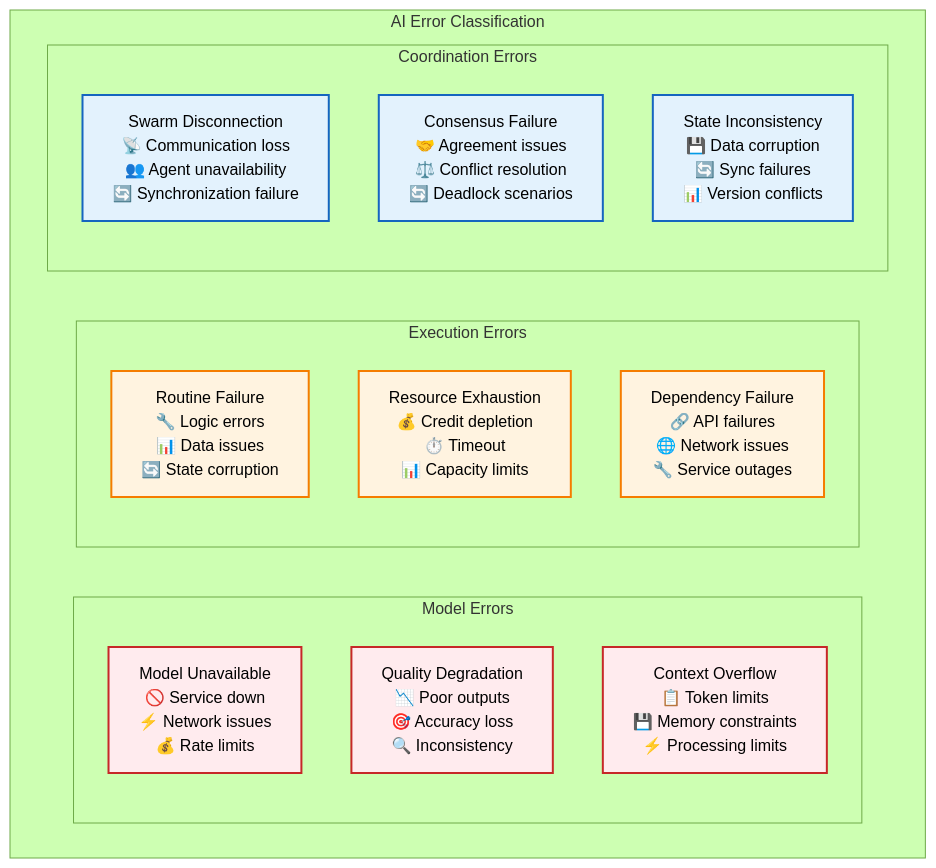
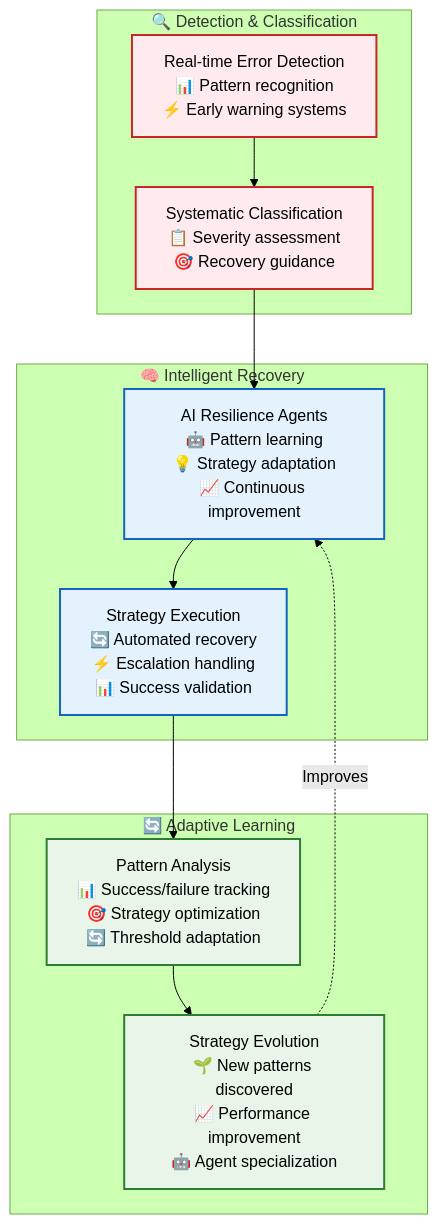
The first of 3 diagrams in docs/architecture/execution/resilience/README.md (Vrooli/Vrooli), drawn with Mermaid (forest theme) before and after one commit. The commit also changed other lines of this file and 8 other files, not shown here.

````diff
--- a/docs/architecture/execution/resilience/README.md
+++ b/docs/architecture/execution/resilience/README.md
@@ -68,30 +28,32 @@
 ```mermaid
 graph TB
-    subgraph "AI Error Classification"
-        subgraph "Model Errors"
-            ModelUnavailable[Model Unavailable<br/>🚫 Service down<br/>⚡ Network issues<br/>💰 Rate limits]
-            QualityDegradation[Quality Degradation<br/>📉 Poor outputs<br/>🎯 Accuracy loss<br/>🔍 Inconsistency]
-            ContextOverflow[Context Overflow<br/>📋 Token limits<br/>💾 Memory constraints<br/>⚡ Processing limits]
-        end
-        
-        subgraph "Execution Errors"
-            RoutineFailure[Routine Failure<br/>🔧 Logic errors<br/>📊 Data issues<br/>🔄 State corruption]
-            ResourceExhaustion[Resource Exhaustion<br/>💰 Credit depletion<br/>⏱️ Timeout<br/>📊 Capacity limits]
-            DependencyFailure[Dependency Failure<br/>🔗 API failures<br/>🌐 Network issues<br/>🔧 Service outages]
-        end
-        
-        subgraph "Coordination Errors"
-            SwarmDisconnection[Swarm Disconnection<br/>📡 Communication loss<br/>👥 Agent unavailability<br/>🔄 Synchronization failure]
-            ConsensusFailure[Consensus Failure<br/>🤝 Agreement issues<br/>⚖️ Conflict resolution<br/>🔄 Deadlock scenarios]
-            StateInconsistency[State Inconsistency<br/>💾 Data corruption<br/>🔄 Sync failures<br/>📊 Version conflicts]
-        end
+    subgraph "🔍 Detection & Classification"
+        ErrorDetection[Real-time Error Detection<br/>📊 Pattern recognition<br/>⚡ Early warning systems]
+        Classification[Systematic Classification<br/>📋 Severity assessment<br/>🎯 Recovery guidance]
     end
     
-    classDef modelErrors fill:#ffebee,stroke:#c62828,stroke-width:2px
-    classDef executionErrors fill:#fff3e0,stroke:#f57c00,stroke-width:2px
-    classDef coordinationErrors fill:#e3f2fd,stroke:#1565c0,stroke-width:2px
+    subgraph "🧠 Intelligent Recovery"
+        ResilienceAgents[AI Resilience Agents<br/>🤖 Pattern learning<br/>💡 Strategy adaptation<br/>📈 Continuous improvement]
+        RecoveryExecution[Strategy Execution<br/>🔄 Automated recovery<br/>⚡ Escalation handling<br/>📊 Success validation]
+    end
     
-    class ModelUnavailable,QualityDegradation,ContextOverflow modelErrors
-    class RoutineFailure,ResourceExhaustion,DependencyFailure executionErrors
-    class SwarmDisconnection,ConsensusFailure,StateInconsistency coordinationErrors
+    subgraph "🔄 Adaptive Learning"
+        PatternAnalysis[Pattern Analysis<br/>📊 Success/failure tracking<br/>🎯 Strategy optimization<br/>🔄 Threshold adaptation]
+        StrategyEvolution[Strategy Evolution<br/>🌱 New patterns discovered<br/>📈 Performance improvement<br/>🤖 Agent specialization]
+    end
+    
+    ErrorDetection --> Classification
+    Classification --> ResilienceAgents
+    ResilienceAgents --> RecoveryExecution
+    RecoveryExecution --> PatternAnalysis
+    PatternAnalysis --> StrategyEvolution
+    StrategyEvolution -.->|"Improves"| ResilienceAgents
+    
+    classDef detection fill:#ffebee,stroke:#c62828,stroke-width:2px
+    classDef intelligence fill:#e3f2fd,stroke:#1565c0,stroke-width:2px
+    classDef learning fill:#e8f5e8,stroke:#2e7d32,stroke-width:2px
+    
+    class ErrorDetection,Classification detection
+    class ResilienceAgents,RecoveryExecution intelligence
+    class PatternAnalysis,StrategyEvolution learning
 ```
````
